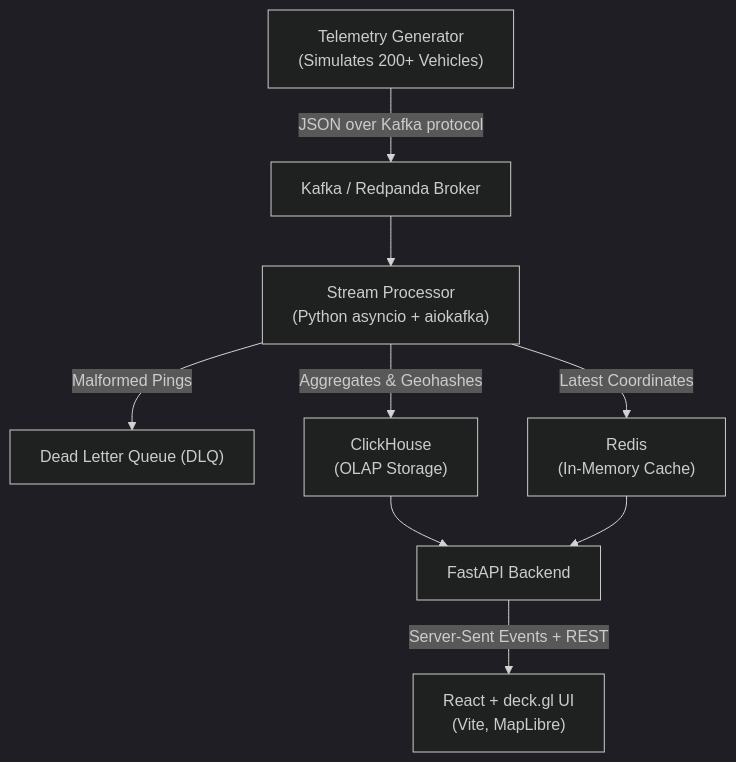
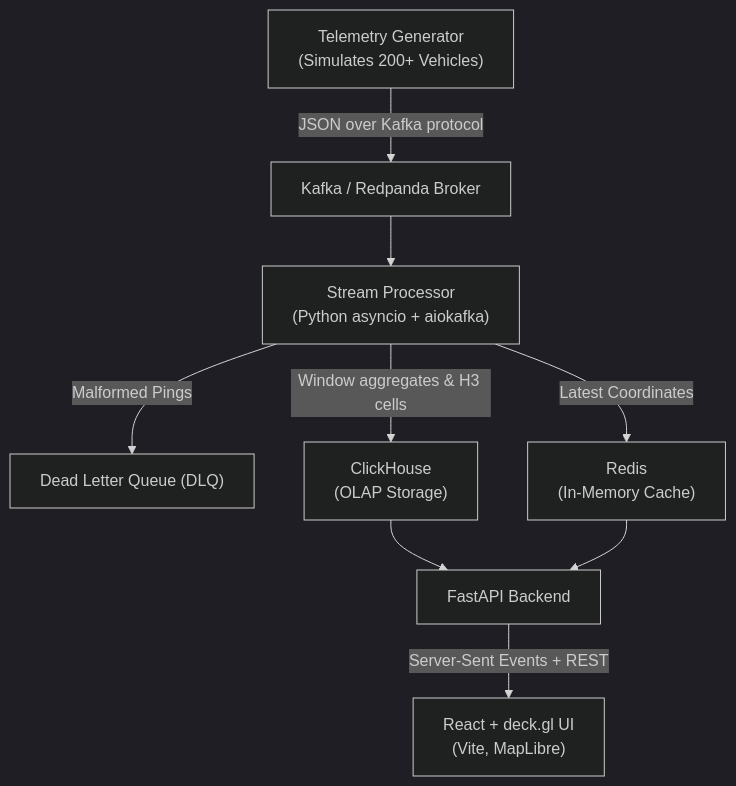
One commit to Aarush-Kinhikar-0209/geospatial-telemetry-pipeline changed the diagram in README.md. Above: the diagram before and after it, drawn with Mermaid (dark theme). The commit also changed other lines of this file, not shown here.

````diff
--- a/README.md
+++ b/README.md
@@ -24,15 +24,15 @@
 ```mermaid
 graph TD
     A["Telemetry Generator<br/>(Simulates 200+ Vehicles)"] -->|JSON over Kafka protocol| B["Kafka / Redpanda Broker"]
     
     B --> C["Stream Processor<br/>(Python asyncio + aiokafka)"]
     
     C -->|Malformed Pings| D["Dead Letter Queue (DLQ)"]
-    C -->|Aggregates & Geohashes| E["ClickHouse<br/>(OLAP Storage)"]
+    C -->|Window aggregates & H3 cells| E["ClickHouse<br/>(OLAP Storage)"]
     C -->|Latest Coordinates| F["Redis<br/>(In-Memory Cache)"]
     
     E --> G["FastAPI Backend"]
     F --> G
     
     G -->|Server-Sent Events + REST| H["React + deck.gl UI<br/>(Vite, MapLibre)"]
 ```
````
